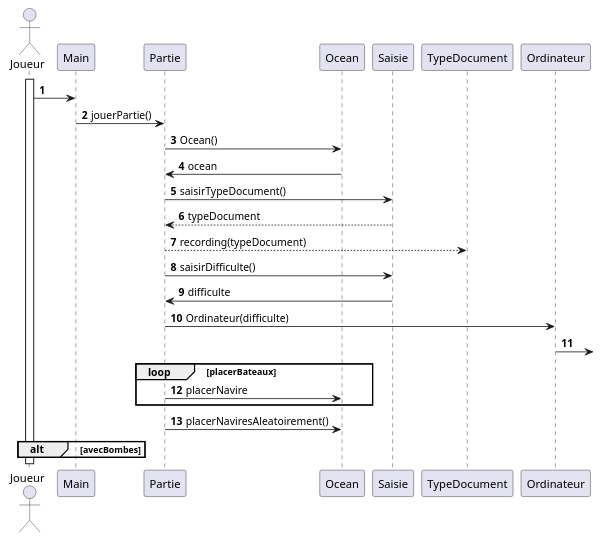
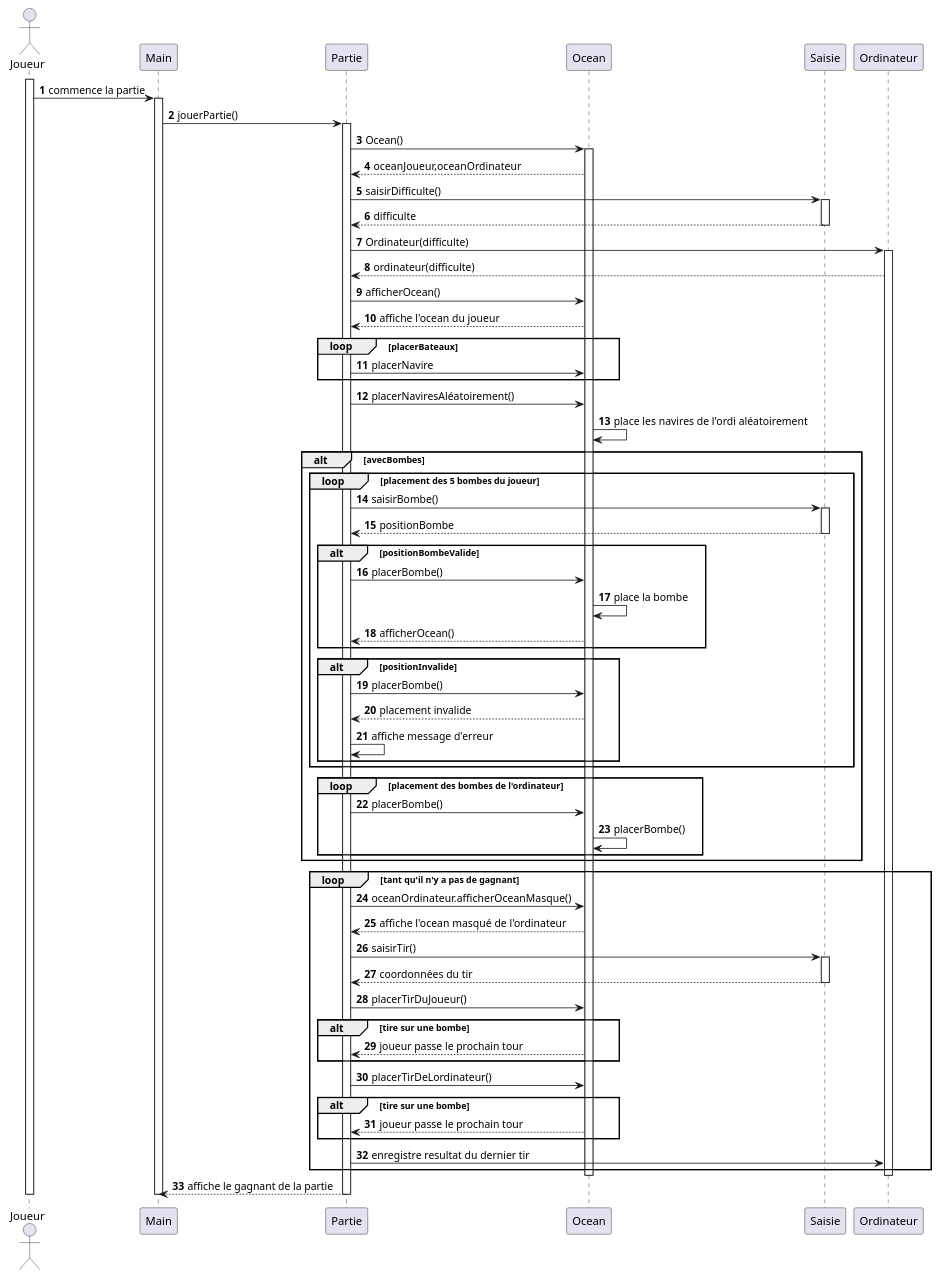
The diagram in DiagSequence.puml (Jeremie-Gour/BatailleNavale), drawn with PlantUML before and after one commit. The commit also changed 2 other files, not shown here.

Commit message:
diagrammes

```diff
--- a/DiagSequence.puml
+++ b/DiagSequence.puml
@@ -1,42 +1,102 @@
 @startuml
 'https://plantuml.com/sequence-diagram
 
 autonumber
 
 actor Joueur as Joueur
 
+
 activate Joueur
-Joueur -> Main
+Joueur -> Main: commence la partie
+activate Main
+
 Main -> Partie: jouerPartie()
+activate Partie
+
 Partie -> Ocean: Ocean()
-Ocean -> Partie: ocean
-Partie -> Saisie: saisirTypeDocument()
-Saisie --> Partie: typeDocument
-Partie -->TypeDocument: recording(typeDocument)
+activate Ocean
+Ocean --> Partie: oceanJoueur,oceanOrdinateur
 Partie -> Saisie: saisirDifficulte()
-Saisie -> Partie: difficulte
+activate Saisie
+
+Saisie --> Partie: difficulte
+deactivate Saisie
+
 Partie -> Ordinateur: Ordinateur(difficulte)
-Ordinateur ->
+activate Ordinateur
+Ordinateur --> Partie: ordinateur(difficulte)
 
+Partie -> Ocean: afficherOcean()
+Ocean --> Partie: affiche l'ocean du joueur
 
 'boucle for pour saisir et placer les navires
 loop placerBateaux
     Partie -> Ocean: placerNavire
 end
 
-Partie -> Ocean: placerNaviresAleatoirement()
+Partie -> Ocean: placerNaviresAléatoirement()
+Ocean -> Ocean: place les navires de l'ordi aléatoirement
 
 'alt si ya des bombes
 alt avecBombes
+
+loop placement des 5 bombes du joueur
+    Partie -> Saisie: saisirBombe()
+    activate Saisie
+    Saisie --> Partie: positionBombe
+    deactivate Saisie
+    alt positionBombeValide
+     Partie -> Ocean: placerBombe()
+     Ocean -> Ocean: place la bombe
+     Ocean --> Partie: afficherOcean()
+    end
+    alt positionInvalide
+        Partie -> Ocean: placerBombe()
+        Ocean --> Partie: placement invalide
+        Partie -> Partie: affiche message d'erreur
+     end
 end
+loop placement des bombes de l'ordinateur
+    Partie -> Ocean: placerBombe()
+    Ocean -> Ocean: placerBombe()
+end
+end
+
+
+loop tant qu'il n'y a pas de gagnant
+    Partie -> Ocean: oceanOrdinateur.afficherOceanMasque()
+    Ocean --> Partie: affiche l'ocean masqué de l'ordinateur
+    Partie -> Saisie: saisirTir()
+        activate Saisie
+
+    Saisie --> Partie: coordonnées du tir
+    deactivate Saisie
+    Partie -> Ocean: placerTirDuJoueur()
+    alt tire sur une bombe
+    Ocean --> Partie: joueur passe le prochain tour
+    end
+    Partie -> Ocean: placerTirDeLordinateur()
+    alt tire sur une bombe
+    Ocean --> Partie: joueur passe le prochain tour
+    end
+    Partie -> Ordinateur: enregistre resultat du dernier tir
+end
+deactivate Ordinateur
+deactivate Ocean
+Partie --> Main: affiche le gagnant de la partie
+deactivate Partie
+deactivate Main
+deactivate Joueur
+
+
 
 
 
 'Objets interessants: main, Partie, Ocean, Ordinateur,
 
 
 
 
 
 
 @enduml
```
